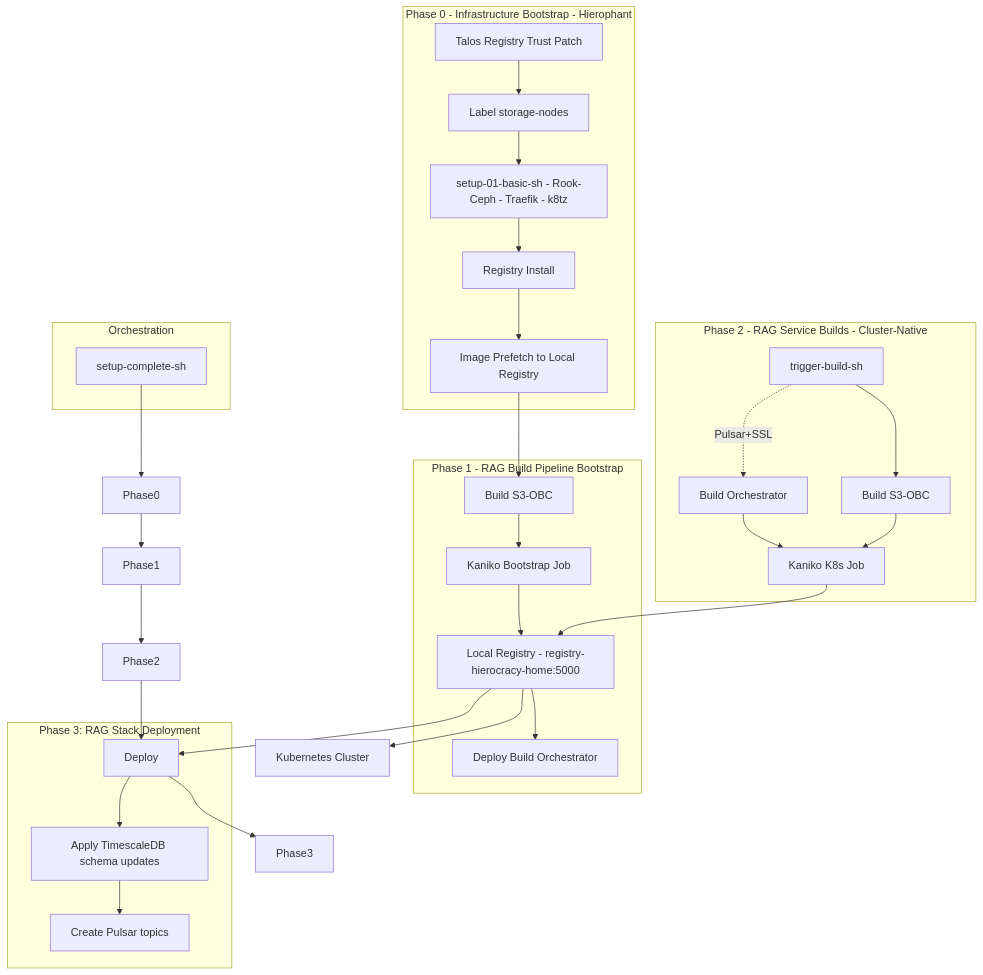
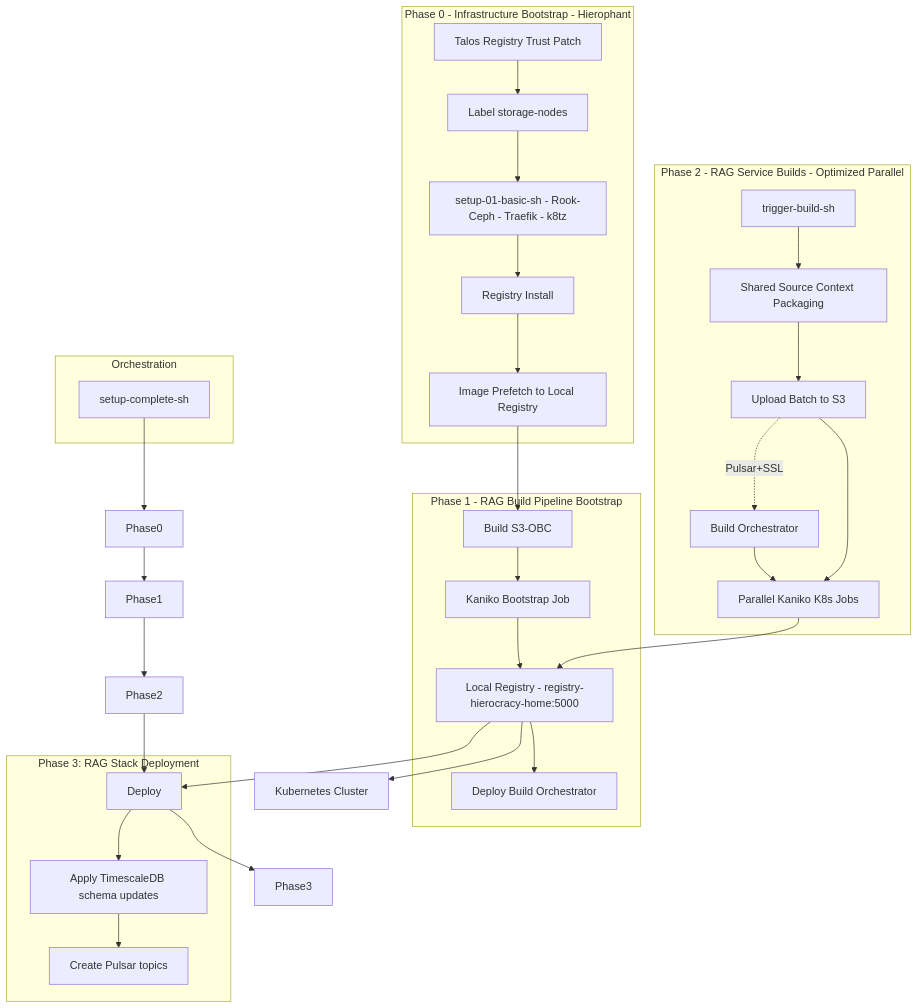
One commit to coppergate/RAG-CRD-BUILD changed the diagram in RAG-Build-Flow.mmd. Above: the diagram before and after it, drawn with Mermaid. The commit also changed 70 other files, not shown here.

```diff
--- a/RAG-Build-Flow.mmd
+++ b/RAG-Build-Flow.mmd
@@ -1,40 +1,41 @@
 flowchart TD
     subgraph "Phase 0 - Infrastructure Bootstrap - Hierophant"
         Talos[Talos Registry Trust Patch] --> Labels[Label storage-nodes]
         Labels --> Basic[setup-01-basic-sh - Rook-Ceph - Traefik - k8tz]
         Basic --> Reg[Registry Install]
         Reg --> Prefetch[Image Prefetch to Local Registry]
     end
 
     subgraph "Phase 1 - RAG Build Pipeline Bootstrap"
         Prefetch --> S3_1[Build S3-OBC]
         S3_1 --> BootstrapJob[Kaniko Bootstrap Job]
         BootstrapJob --> RegistryNode[Local Registry - registry-hierocracy-home:5000]
         RegistryNode --> OrchDeploy[Deploy Build Orchestrator]
     end
 
-    subgraph "Phase 2 - RAG Service Builds - Cluster-Native"
-        Trigger[trigger-build-sh] --> S3_2[Build S3-OBC]
-        Trigger -.->|Pulsar+SSL| Orch[Build Orchestrator]
-        Orch --> Kaniko[Kaniko K8s Job]
+    subgraph "Phase 2 - RAG Service Builds - Optimized Parallel"
+        Trigger[trigger-build-sh] --> Package[Shared Source Context Packaging]
+        Package --> S3_2[Upload Batch to S3]
+        S3_2 -.->|Pulsar+SSL| Orch[Build Orchestrator]
+        Orch --> Kaniko[Parallel Kaniko K8s Jobs]
         S3_2 --> Kaniko
         Kaniko --> RegistryNode
     end
 
     subgraph "Phase 3: RAG Stack Deployment"
     RegistryNode --> Deploy
         Deploy --> Migrate[Apply TimescaleDB schema updates]
         Migrate --> TopicInit[Create Pulsar topics]
     end
 
     RegistryNode --> K8s[Kubernetes Cluster]
 
     subgraph "Orchestration"
         Setup[setup-complete-sh]
     end
 
     Setup --> Phase0
     Phase0 --> Phase1
     Phase1 --> Phase2
     Phase2 --> Deploy
     Deploy --> Phase3
```
